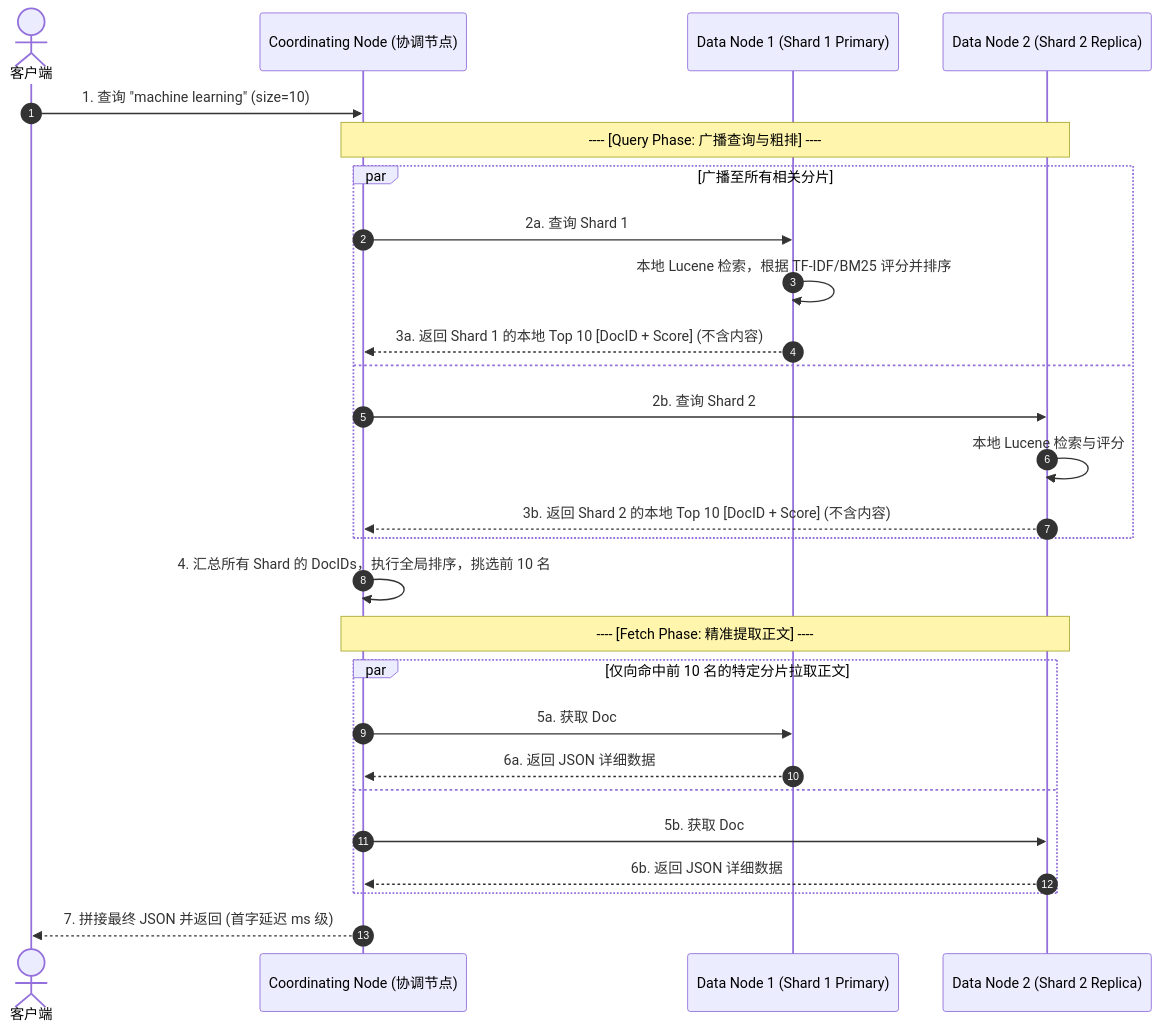
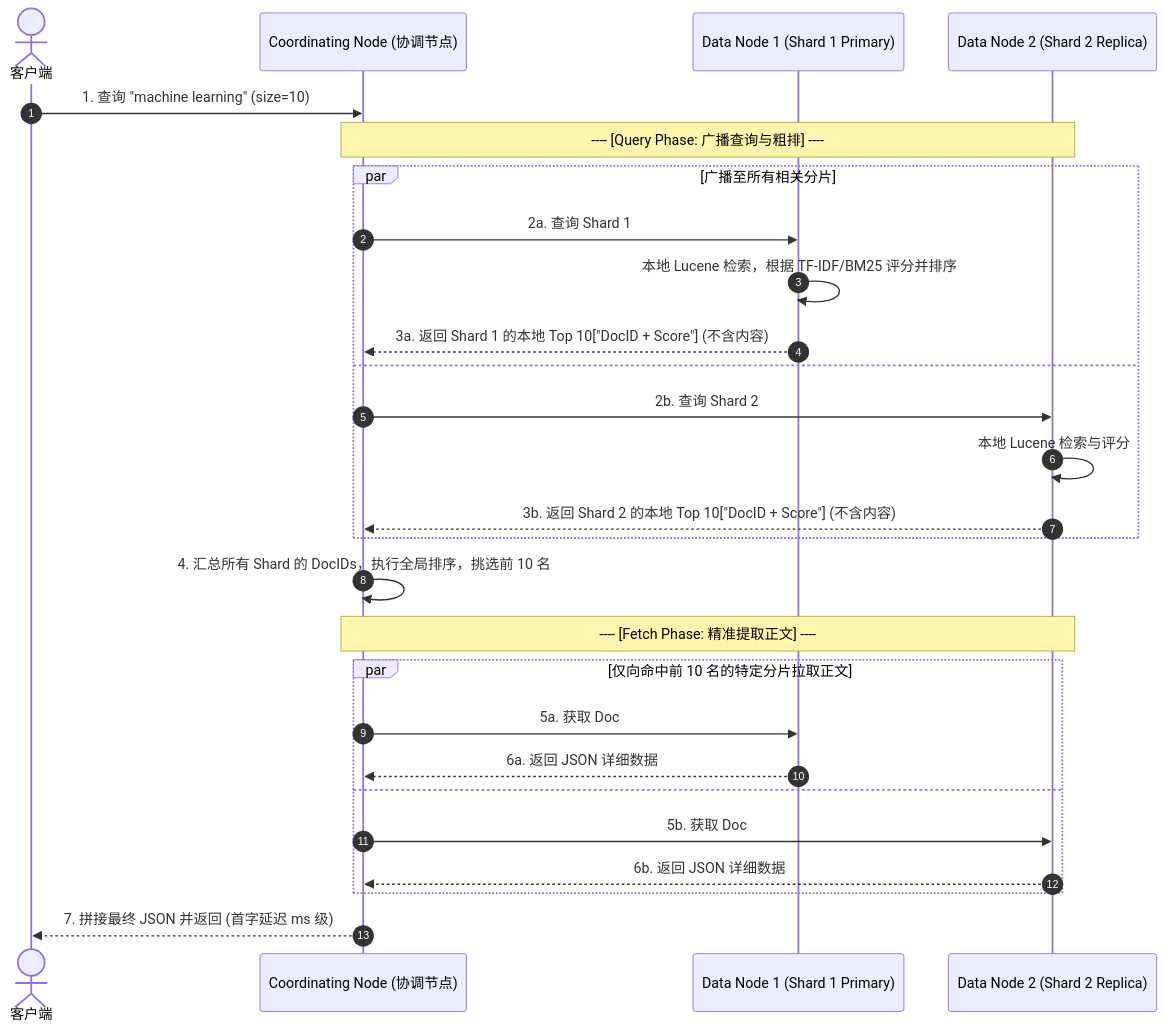
The fifth of 7 diagrams in docs/atlas/elasticsearch.mdx (koosai/AI-Architect-Learning), drawn with Mermaid before and after one commit. The commit also changed other lines of this file and 187 other files, not shown here.

Commit message:
fix(mermaid): fix all unquoted parens and edge label syntax errors across all docs

````diff
--- a/docs/atlas/elasticsearch.mdx
+++ b/docs/atlas/elasticsearch.mdx
@@ -215,34 +215,34 @@
 ```mermaid
 sequenceDiagram
     autonumber
     actor Client as 客户端
     participant Coord as Coordinating Node (协调节点)
     participant Data1 as Data Node 1 (Shard 1 Primary)
     participant Data2 as Data Node 2 (Shard 2 Replica)
 
     Client->>Coord: 1. 查询 "machine learning" (size=10)
     
     Note over Coord, Data2: ---- [Query Phase: 广播查询与粗排] ----
     par 广播至所有相关分片
         Coord->>Data1: 2a. 查询 Shard 1
         Data1->>Data1: 本地 Lucene 检索，根据 TF-IDF/BM25 评分并排序
-        Data1-->>Coord: 3a. 返回 Shard 1 的本地 Top 10 [DocID + Score] (不含内容)
+        Data1-->>Coord: 3a. 返回 Shard 1 的本地 Top 10["DocID + Score"] (不含内容)
     and
         Coord->>Data2: 2b. 查询 Shard 2
         Data2->>Data2: 本地 Lucene 检索与评分
-        Data2-->>Coord: 3b. 返回 Shard 2 的本地 Top 10 [DocID + Score] (不含内容)
+        Data2-->>Coord: 3b. 返回 Shard 2 的本地 Top 10["DocID + Score"] (不含内容)
     end
     
     Coord->>Coord: 4. 汇总所有 Shard 的 DocIDs，执行全局排序，挑选前 10 名
     
     Note over Coord, Data2: ---- [Fetch Phase: 精准提取正文] ----
     par 仅向命中前 10 名的特定分片拉取正文
         Coord->>Data1: 5a. 获取 Doc#120 原始 _source 文本
         Data1-->>Coord: 6a. 返回 JSON 详细数据
     and
         Coord->>Data2: 5b. 获取 Doc#345 原始 _source 文本
         Data2-->>Coord: 6b. 返回 JSON 详细数据
     end
     
     Coord-->>Client: 7. 拼接最终 JSON 并返回 (首字延迟 ms 级)
 ```
````
